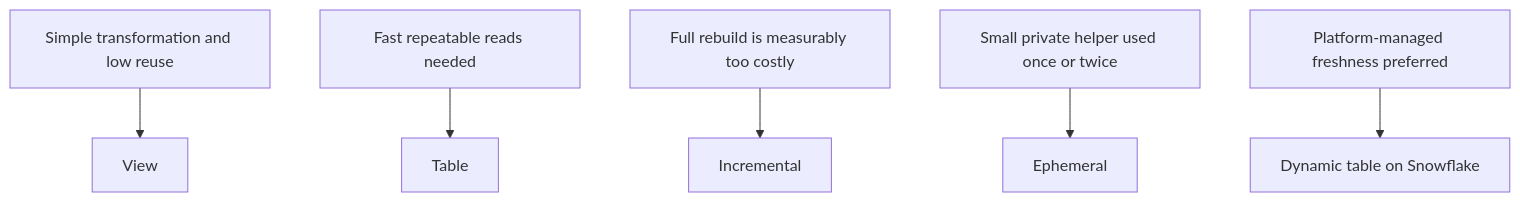
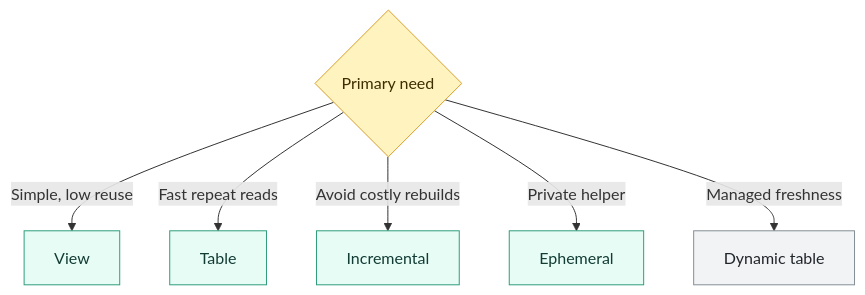
The second of 2 diagrams in 02 dbt/04 Incremental Processing and Performance/30 Materializations.md (shonningsoy/Upskill), drawn with Mermaid before and after one commit. The commit also changed other lines of this file and 31 other files, not shown here.

````diff
--- a/02 dbt/04 Incremental Processing and Performance/30 Materializations.md
+++ b/02 dbt/04 Incremental Processing and Performance/30 Materializations.md
@@ -95,8 +100,17 @@
 ```mermaid
 flowchart TB
-    A[Simple transformation and low reuse] --> B[View]
-    C[Fast repeatable reads needed] --> D[Table]
-    E[Full rebuild is measurably too costly] --> F[Incremental]
-    G[Small private helper used once or twice] --> H[Ephemeral]
-    I[Platform-managed freshness preferred] --> J[Dynamic table on Snowflake]
+    A{Primary need} -->|Simple, low reuse| B[View]
+    A -->|Fast repeat reads| C[Table]
+    A -->|Avoid costly rebuilds| D[Incremental]
+    A -->|Private helper| E[Ephemeral]
+    A -->|Managed freshness| F[Dynamic table]
+
+    classDef input fill:#E8F0FE,stroke:#4C6EF5,color:#172B4D
+    classDef control fill:#FFF3BF,stroke:#D69E2E,color:#3D2E00
+    classDef dbt fill:#E6FCF5,stroke:#2F9E7B,color:#123C34
+    classDef platform fill:#F1F3F5,stroke:#868E96,color:#212529
+    classDef output fill:#F3E8FF,stroke:#805AD5,color:#2D1B4E
+    class A control
+    class B,C,D,E dbt
+    class F platform
 ```
````
